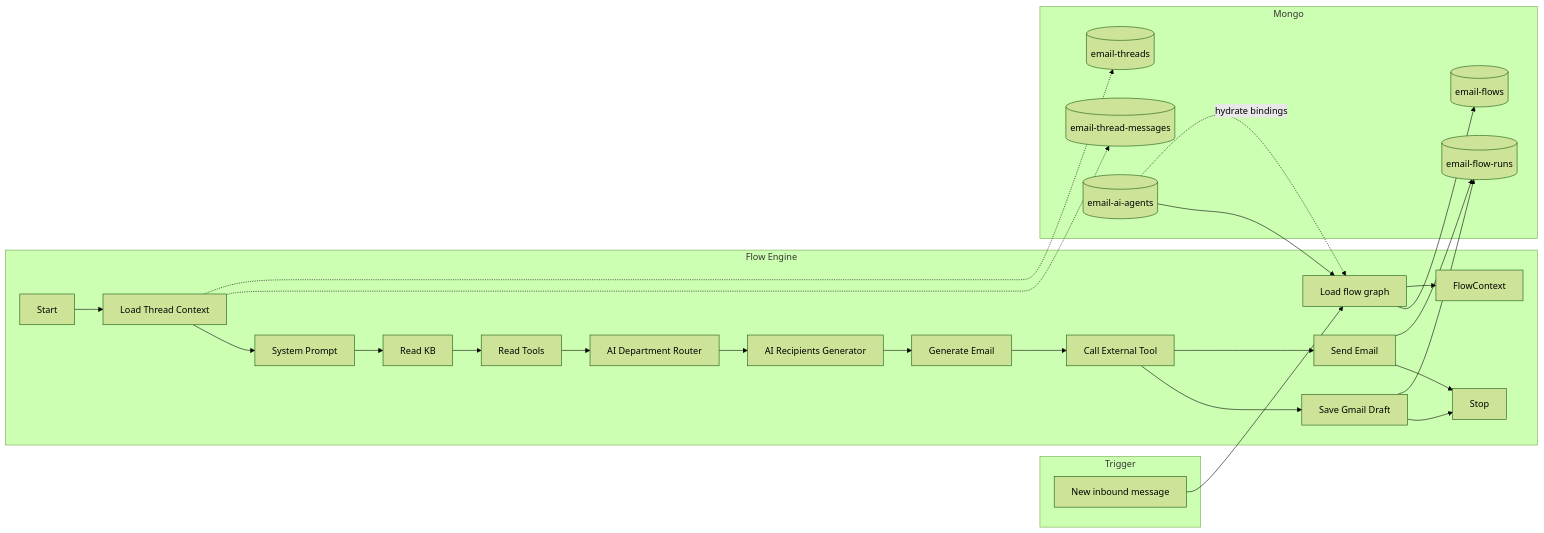
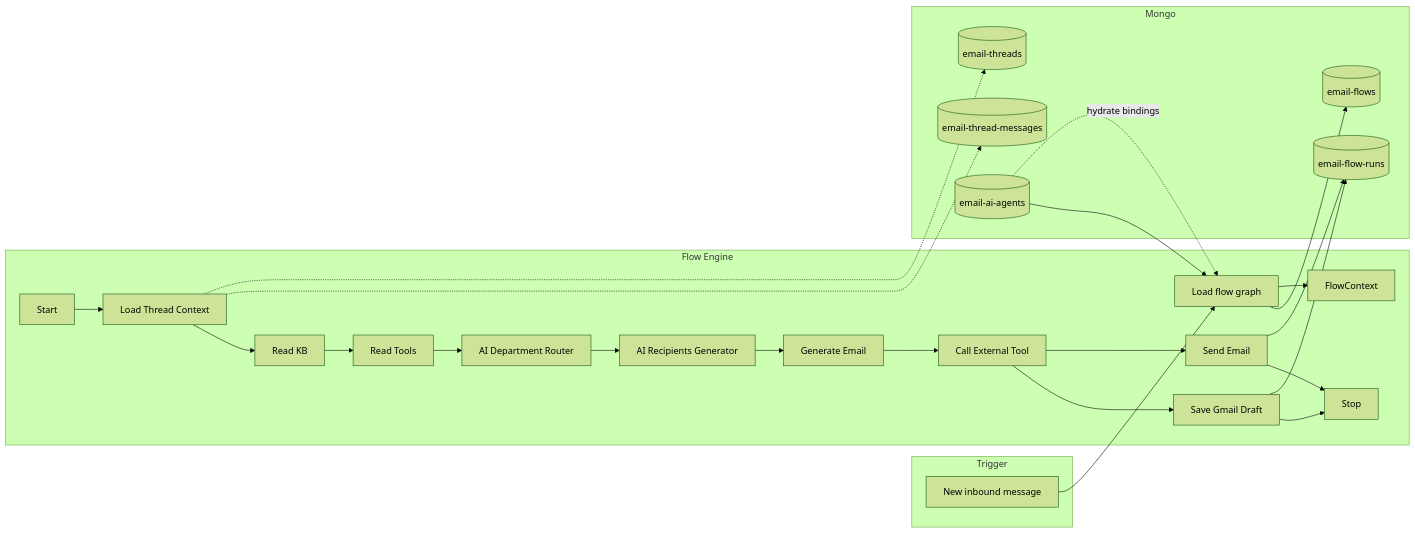
One commit to Shubhojeet-Ghosh/elysium-agents changed the diagram in documentation/email-flow-plan.md. Above: the diagram before and after it, drawn with Mermaid (forest theme). The commit also changed other lines of this file and 49 other files, not shown here.

First line of the commit message:
feat: enhance email AI agent and flow management

````diff
--- a/documentation/email-flow-plan.md
+++ b/documentation/email-flow-plan.md
@@ -83,46 +84,45 @@
 ```mermaid
 flowchart LR
     subgraph trigger [Trigger]
         MSG[New inbound message]
     end
 
     subgraph engine [Flow Engine]
         B[Load flow graph]
         C[FlowContext]
         N1[Start]
         N2[Load Thread Context]
-        N3[System Prompt]
         N4[Read KB]
         N5[Read Tools]
         N6[AI Department Router]
         N7[AI Recipients Generator]
         N8[Generate Email]
         N9[Call External Tool]
         N10A[Save Gmail Draft]
         N10B[Send Email]
         N11[Stop]
     end
 
     subgraph storage [Mongo]
         F[(email-flows)]
         R[(email-flow-runs)]
         T[(email-threads)]
         M[(email-thread-messages)]
         AG[(email-ai-agents)]
     end
 
     MSG --> B
     AG --> B
     AG -.->|hydrate bindings| B
     B --> F
     B --> C
-    N1 --> N2 --> N3 --> N4 --> N5 --> N6 --> N7 --> N8 --> N9
+    N1 --> N2 --> N4 --> N5 --> N6 --> N7 --> N8 --> N9
     N9 --> N10A
     N9 --> N10B
     N10A --> N11
     N10B --> N11
     N2 -.-> M
     N2 -.-> T
     N10A --> R
     N10B --> R
 ```
````
